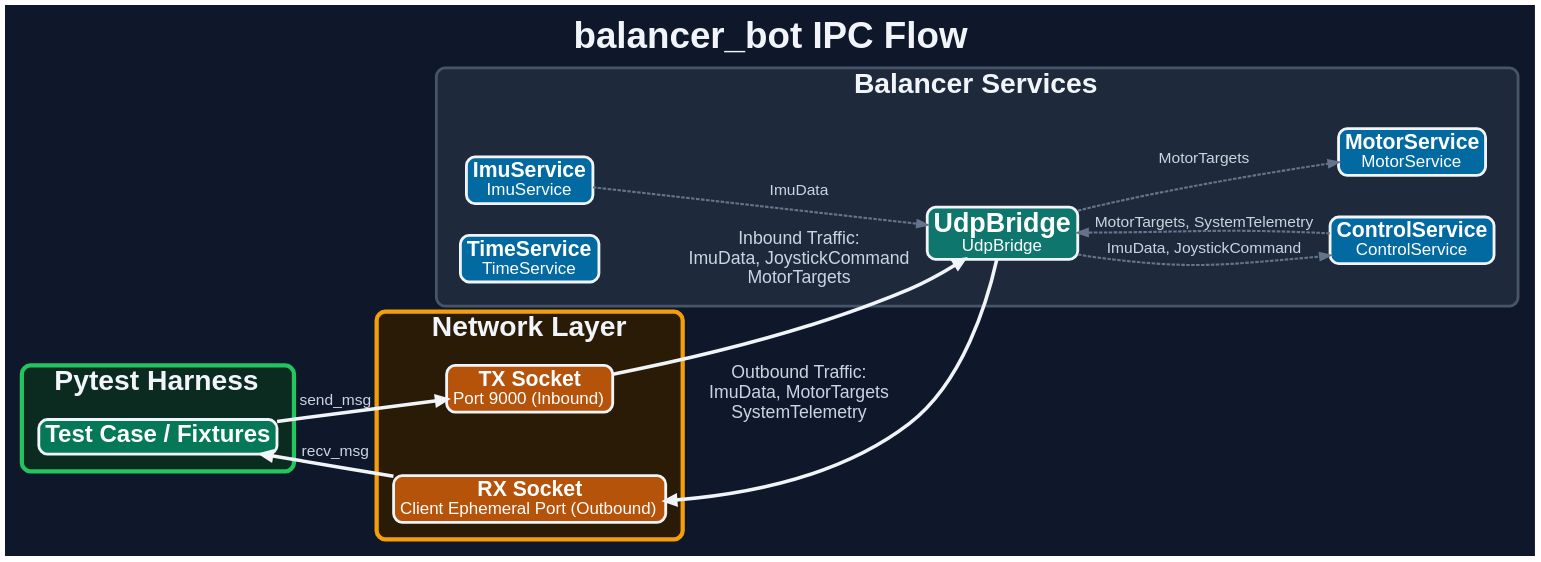
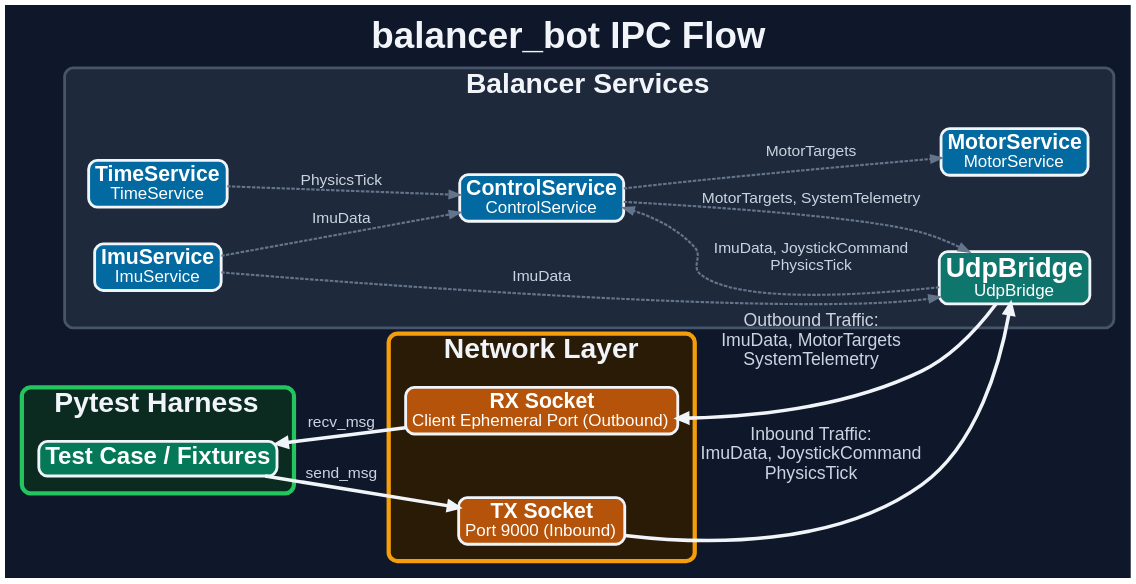
The diagram in doc/ipc/ipc_flow.dot (AxelBjork/balancer_bot), drawn with Graphviz before and after one commit. The commit also changed 10 other files, not shown here.

```diff
--- a/doc/ipc/ipc_flow.dot
+++ b/doc/ipc/ipc_flow.dot
@@ -1,89 +1,91 @@
 digraph IPC {
   rankdir=LR;
   bgcolor="#0F172A";
   pad=0.22;
   nodesep=0.62;
   ranksep=0.70;
   splines=spline;
   remincross=true;
 
   fontname="Helvetica,Arial,sans-serif";
   fontsize=52;
   fontcolor="#F1F5F9";
   label=<<B>balancer_bot IPC Flow</B>>;
   labelloc="t";
 
   node [fontname="Helvetica,Arial,sans-serif", shape=rect, style="filled,rounded", fixedsize=false, margin="0.12,0.08", fontsize=28, fontcolor="#FFFFFF", penwidth=4, color="#F1F5F9"];
 
   edge [fontname="Helvetica,Arial,sans-serif", fontsize=22, fontcolor="#CBD5E1", color="#64748B", penwidth=3.0, arrowsize=1.4, labelfloat=false, labeldistance=0.8, labelangle=10];
 
   subgraph cluster_sim {
     label=<<B><FONT POINT-SIZE="40">Balancer Services</FONT></B>>;
     fontcolor="#F1F5F9";
     style="rounded,filled";
     color="#475569";
     penwidth=4;
     fillcolor="#1E293B";
     margin=34;
     ImuService [
       fillcolor="#0369A1",
       label=<<B><FONT POINT-SIZE="30">ImuService</FONT></B><BR/><FONT POINT-SIZE="24">ImuService</FONT>>
     ];
     TimeService [
       fillcolor="#0369A1",
       label=<<B><FONT POINT-SIZE="30">TimeService</FONT></B><BR/><FONT POINT-SIZE="24">TimeService</FONT>>
     ];
     ControlService [
       fillcolor="#0369A1",
       label=<<B><FONT POINT-SIZE="30">ControlService</FONT></B><BR/><FONT POINT-SIZE="24">ControlService</FONT>>
     ];
     MotorService [
       fillcolor="#0369A1",
       label=<<B><FONT POINT-SIZE="30">MotorService</FONT></B><BR/><FONT POINT-SIZE="24">MotorService</FONT>>
     ];
     UdpBridge [
       fillcolor="#0F766E",
       label=<<B><FONT POINT-SIZE="38">UdpBridge</FONT></B><BR/><FONT POINT-SIZE="24">UdpBridge</FONT>>
     ];
   }
 
   subgraph cluster_sockets {
     label=<<B><FONT POINT-SIZE="40">Network Layer</FONT></B>>;
     fontcolor="#F1F5F9";
     style="rounded,filled";
     color="#F59E0B";
     penwidth=6;
     fillcolor="#2A1B07";
     margin=24;
 
     { rank=same; TX; RX; }
 
     TX [fillcolor="#B45309", label=<<B><FONT POINT-SIZE="30">TX Socket</FONT></B><BR/><FONT POINT-SIZE="24">Port 9000 (Inbound)</FONT>>];
     RX [fillcolor="#B45309", label=<<B><FONT POINT-SIZE="30">RX Socket</FONT></B><BR/><FONT POINT-SIZE="24">Client Ephemeral Port (Outbound)</FONT>>];
     TX -> RX [style=invis, weight=50, constraint=false];
   }
 
   subgraph cluster_pytest {
     label=<<B><FONT POINT-SIZE="40">Pytest Harness</FONT></B>>;
     fontcolor="#F1F5F9";
     style="rounded,filled";
     color="#22C55E";
     penwidth=6;
     fillcolor="#0B2A20";
     margin=24;
 
     TestCase [fillcolor="#047857", label=<<B><FONT POINT-SIZE="34">Test Case / Fixtures</FONT></B>>];
   }
 
   TestCase -> TX [label="send_msg", color="#F1F5F9", penwidth=5];
-  TX -> UdpBridge [label="Inbound Traffic:\nImuData, JoystickCommand\nMotorTargets", color="#F1F5F9", penwidth=5, fontsize=25];
+  TX -> UdpBridge [label="Inbound Traffic:\nImuData, JoystickCommand\nPhysicsTick", color="#F1F5F9", penwidth=5, fontsize=25];
 
   // Internal Service Logic
+  ControlService -> MotorService [label="MotorTargets", style=dashed];
   ControlService -> UdpBridge [label="MotorTargets, SystemTelemetry", style=dashed];
+  ImuService -> ControlService [label="ImuData", style=dashed];
   ImuService -> UdpBridge [label="ImuData", style=dashed];
-  UdpBridge -> ControlService [label="ImuData, JoystickCommand", style=dashed];
-  UdpBridge -> MotorService [label="MotorTargets", style=dashed];
+  TimeService -> ControlService [label="PhysicsTick", style=dashed];
+  UdpBridge -> ControlService [label="ImuData, JoystickCommand\nPhysicsTick", style=dashed];
 
   RX -> UdpBridge [label="Outbound Traffic:\nImuData, MotorTargets\nSystemTelemetry", color="#F1F5F9", penwidth=5, dir=back, fontsize=25, arrowtail=normal];
   TestCase -> RX [label="recv_msg", color="#F1F5F9", penwidth=5, dir=back, arrowtail=normal];
 }
```
